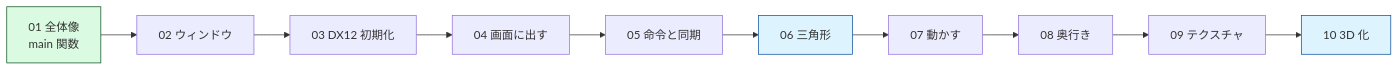
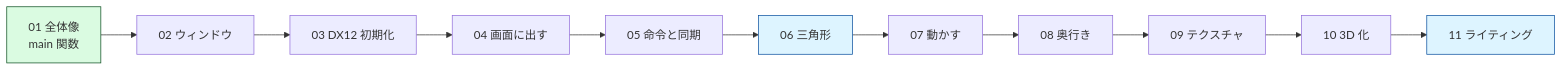
The diagram in docs/tutorial/README.md (Tomonorarari-Think/DirectX12Dev), drawn with Mermaid before and after one commit. The commit also changed other lines of this file and 16 other files, not shown here.

````diff
--- a/docs/tutorial/README.md
+++ b/docs/tutorial/README.md
@@ -34,16 +35,17 @@
 ```mermaid
 flowchart LR
     A["01 全体像<br/>main 関数"] --> B["02 ウィンドウ"]
     B --> C["03 DX12 初期化"]
     C --> D["04 画面に出す"]
     D --> E["05 命令と同期"]
     E --> F["06 三角形"]
     F --> G["07 動かす"]
     G --> H["08 奥行き"]
     H --> I["09 テクスチャ"]
     I --> J["10 3D 化"]
+    J --> K["11 ライティング"]
 
     style A fill:#dafbe1,stroke:#0d4f21
     style F fill:#ddf4ff,stroke:#0a4f9e
-    style J fill:#ddf4ff,stroke:#0a4f9e
+    style K fill:#ddf4ff,stroke:#0a4f9e
 ```
````
